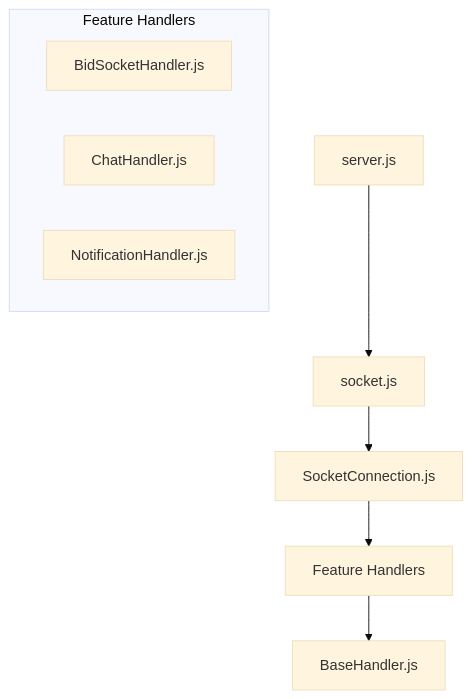
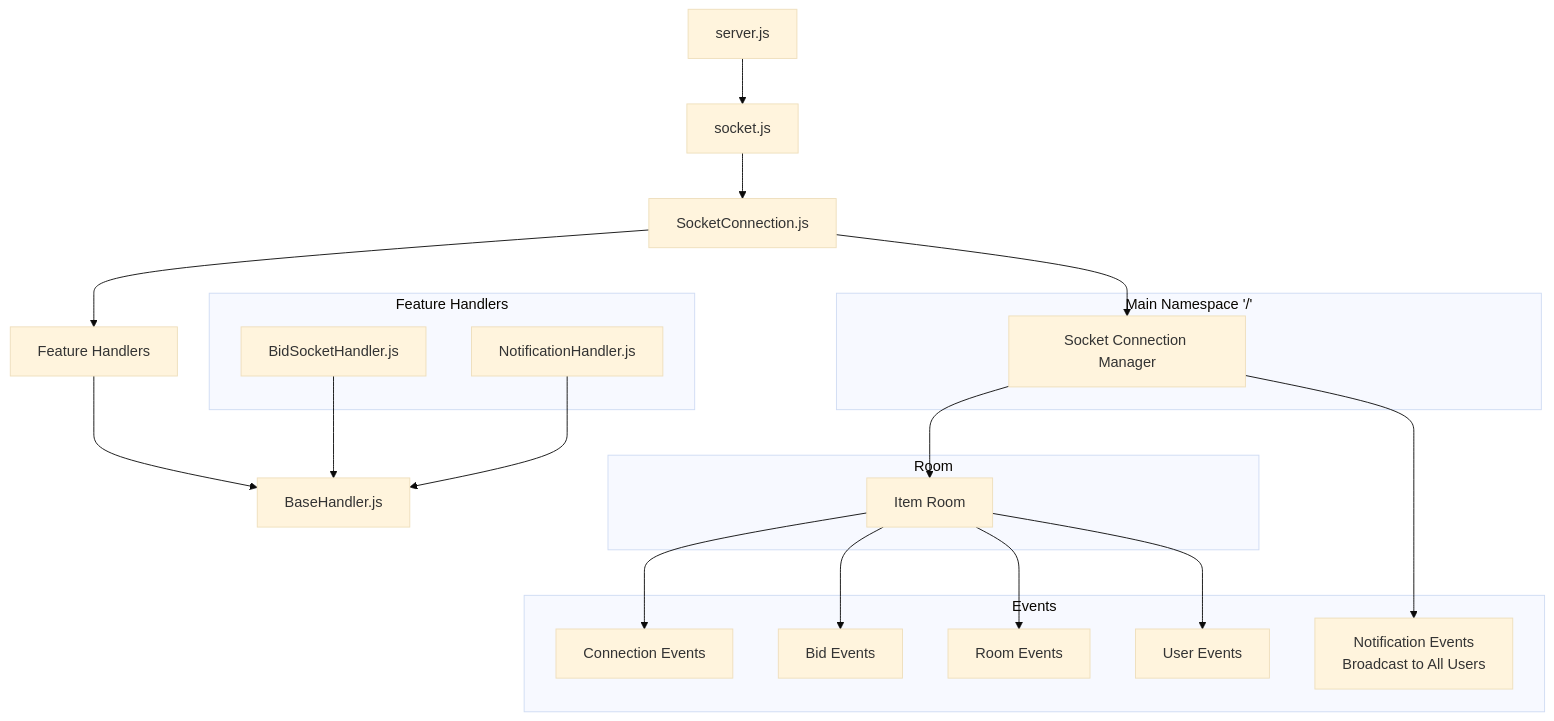
Before and after one commit to hhe-wtag/bidify: the diagram in backend/README.md, drawn with Mermaid (base theme). The commit also changed other lines of this file and 1 other file, not shown here.

````diff
--- a/backend/README.md
+++ b/backend/README.md
@@ -209,13 +211,37 @@
 ```mermaid
 graph TD
     A[server.js] --> B[socket.js]
     B --> C[SocketConnection.js]
     C --> D[Feature Handlers]
     D --> E[BaseHandler.js]
 
-    subgraph Feature Handlers
+    subgraph "Feature Handlers"
         D1[BidSocketHandler.js]
-        D2[ChatHandler.js]
-        D3[NotificationHandler.js]
+        D2[NotificationHandler.js]
     end
+
+    D1 & D2 --> E
+
+    subgraph "Main Namespace '/'"
+        N1[Socket Connection Manager]
+    end
+
+    C --> N1
+
+    subgraph "Room"
+        R1[Item Room]
+    end
+
+    N1 --> R1
+
+    subgraph "Events"
+        E1[Connection Events]
+        E2[Bid Events]
+        E3[Room Events]
+        E4[User Events]
+        E5[Notification Events<br>Broadcast to All Users]
+    end
+
+    R1 --> E1 & E2 & E3 & E4
+    N1 --> E5
 ```
````
